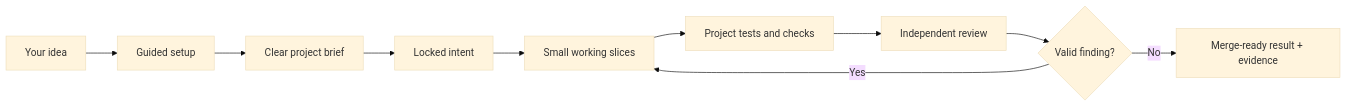
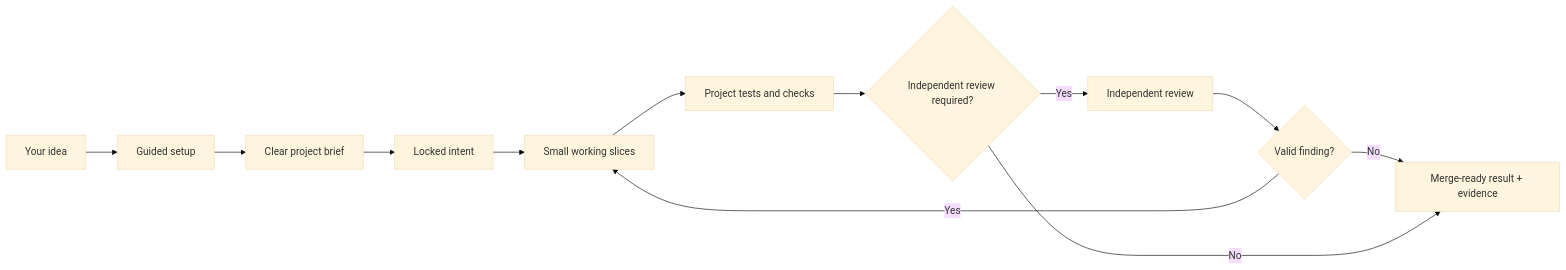
One commit to samtay32/ultimate-agent-stack changed the diagram in README.md. Above: the diagram before and after it, drawn with Mermaid (base theme).

Commit message:
docs: make independent review conditional

````diff
--- a/README.md
+++ b/README.md
@@ -84,12 +84,14 @@
 ```mermaid
 flowchart LR
     I["Your idea"] --> S["Guided setup"]
     S --> B["Clear project brief"]
     B --> L["Locked intent"]
     L --> V["Small working slices"]
     V --> T["Project tests and checks"]
-    T --> R["Independent review"]
+    T --> Q{"Independent review required?"}
+    Q -- "Yes" --> R["Independent review"]
     R --> F{"Valid finding?"}
     F -- "Yes" --> V
     F -- "No" --> D["Merge-ready result + evidence"]
+    Q -- "No" --> D
 ```
````
